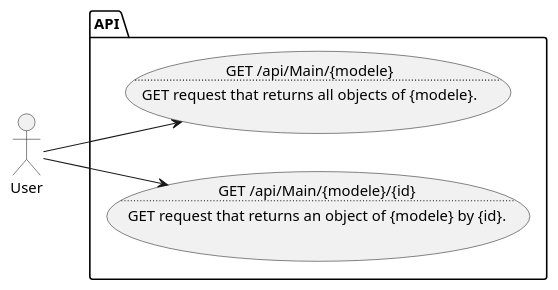
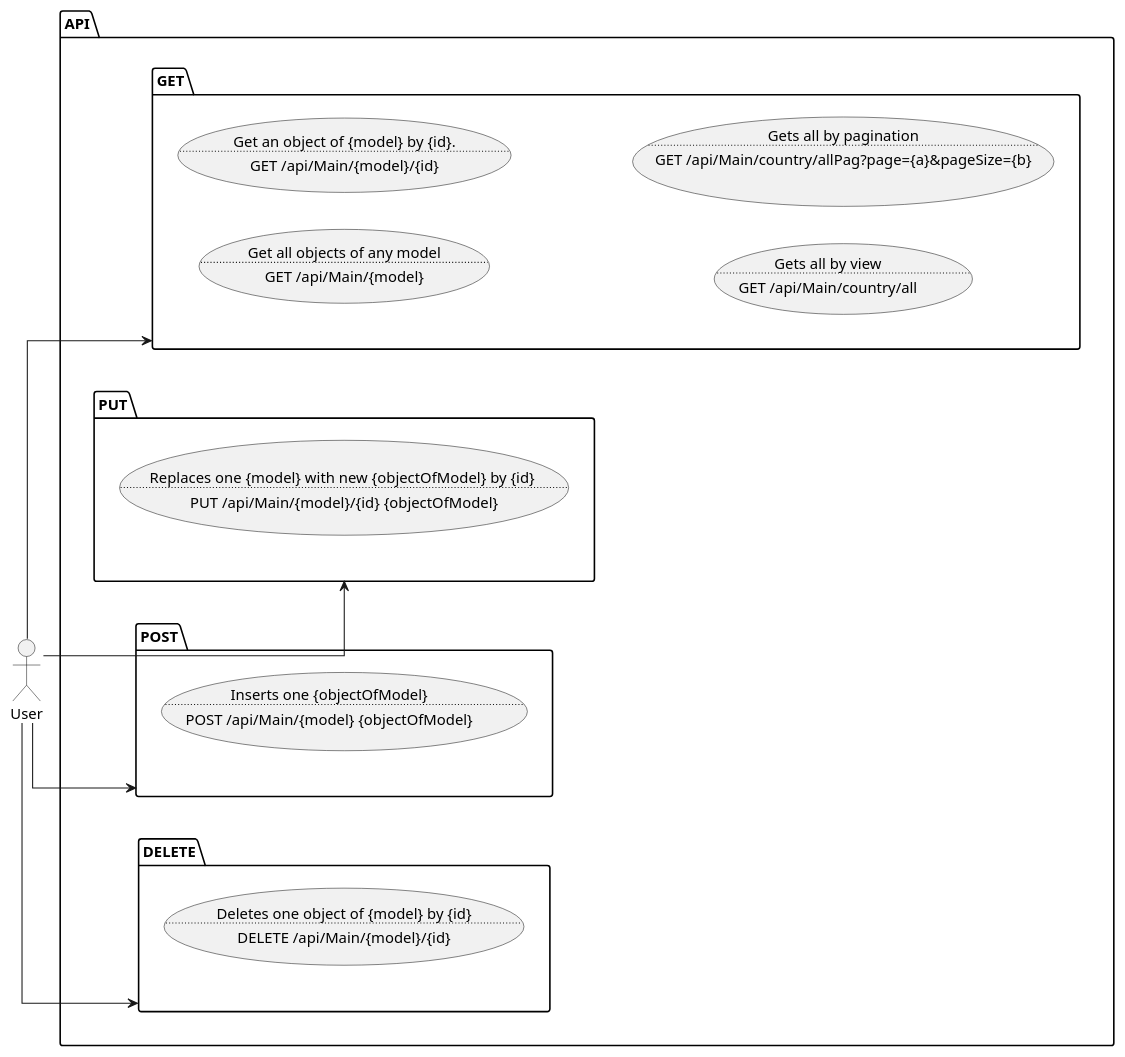
One commit to RoboAv/ITE changed the diagram in FirstTaskProj/docs/UC.puml. Above: the diagram before and after it, drawn with PlantUML. The commit also changed 20 other files, not shown here.

```diff
--- a/FirstTaskProj/docs/UC.puml
+++ b/FirstTaskProj/docs/UC.puml
@@ -1,24 +1,65 @@
-@startuml
+@startuml UCD
 
+skinparam linetype ortho
 left to right direction
-
 
 actor User as user
 
 package API {
-    usecase get as "
-    GET /api/Main/{modele}
-    ..
-    GET request that returns all objects of {modele}.
-    " 
-    usecase getId as "
-    GET /api/Main/{modele}/{id}
-    ..
-    GET request that returns an object of {modele} by {id}.
-    "
+    package GET {
+        usecase get as "
+        Get all objects of any model
+        ..
+        GET /api/Main/{model}
+        " 
+
+        usecase getId as "
+        Get an object of {model} by {id}.
+        ..
+        GET /api/Main/{model}/{id}
+        "
+
+        usecase getAllView as "
+        Gets all by view
+        ..
+        GET /api/Main/country/all
+        "
+
+        usecase getAllPagination as "
+        Gets all by pagination
+        ..
+        GET /api/Main/country/allPag?page={a}&pageSize={b}
+        "
+    }
+
+    package PUT {
+        usecase put as "
+        Replaces one {model} with new {objectOfModel} by {id} 
+        ..
+        PUT /api/Main/{model}/{id} {objectOfModel}
+        "
+    }
+
+    package POST {
+        usecase post as "
+        Inserts one {objectOfModel}
+        ..
+        POST /api/Main/{model} {objectOfModel}
+        "
+    }
+
+    package DELETE {
+        usecase delete as "
+        Deletes one object of {model} by {id}
+        ..
+        DELETE /api/Main/{model}/{id}
+        " 
+    }
 }
 
-user --> get
-user --> getId
+user --> GET
+user --> DELETE
+user --> PUT
+user --> POST
 
 @enduml
```
